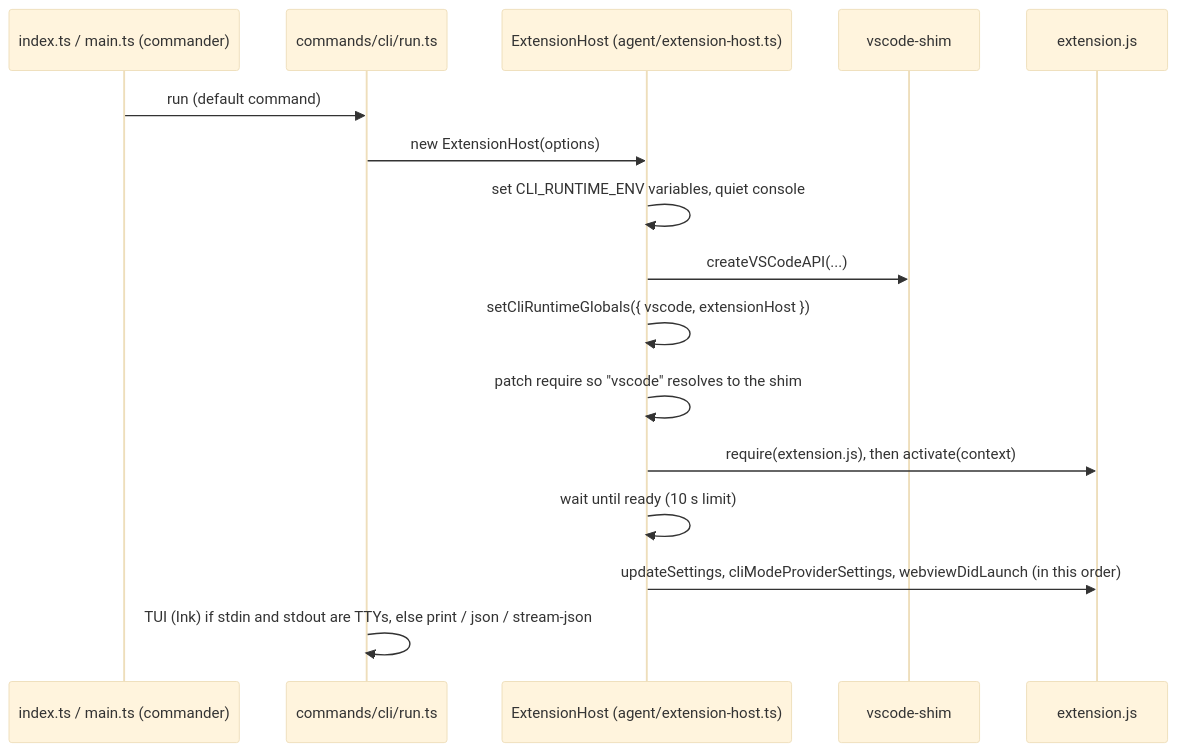
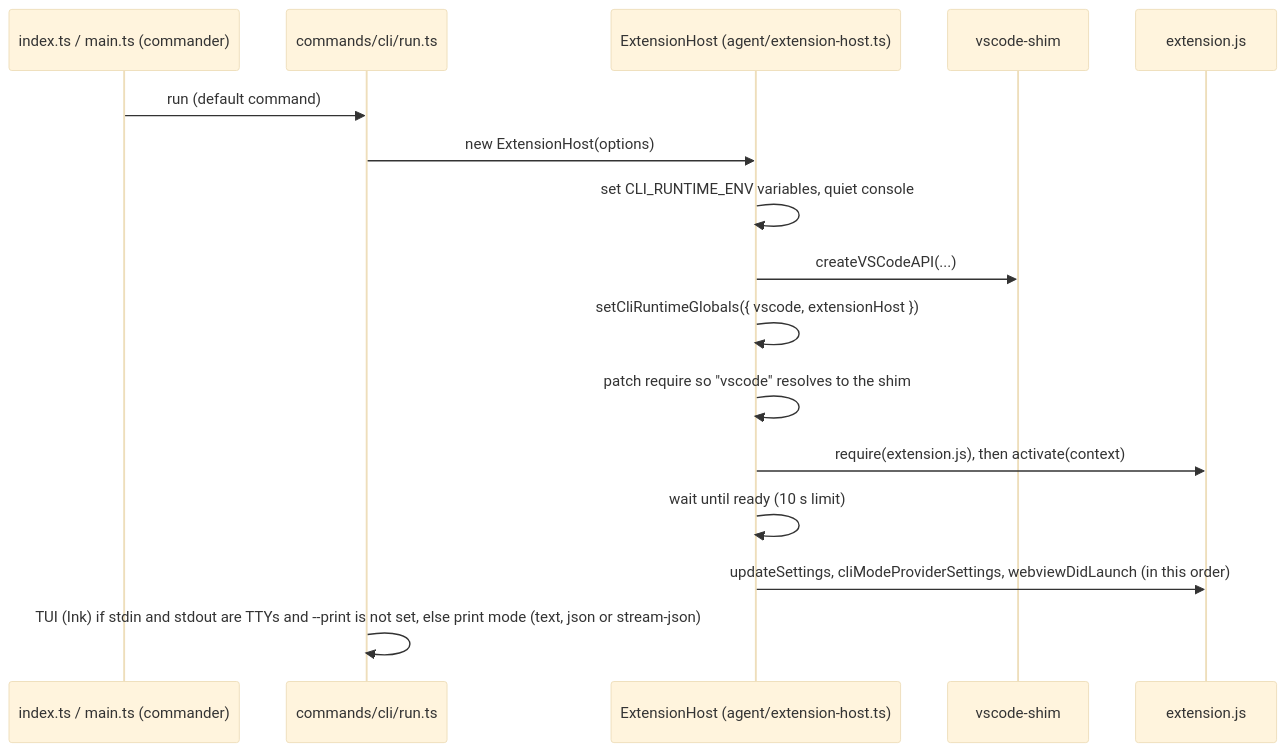
Before and after one commit to krzychdre/Tumble-Code: the first of 2 diagrams in docs/07-cli.md, drawn with Mermaid (base theme). The commit also changed other lines of this file and 4 other files, not shown here.

First line of the commit message:
docs: fix stale claims in the architecture and CLI pages (#700)

````diff
--- a/docs/07-cli.md
+++ b/docs/07-cli.md
@@ -9,19 +9,19 @@
 ```mermaid
 sequenceDiagram
   participant M as index.ts / main.ts (commander)
   participant R as commands/cli/run.ts
   participant EH as ExtensionHost (agent/extension-host.ts)
   participant SH as vscode-shim
   participant X as extension.js
 
   M->>R: run (default command)
   R->>EH: new ExtensionHost(options)
   EH->>EH: set CLI_RUNTIME_ENV variables, quiet console
   EH->>SH: createVSCodeAPI(...)
   EH->>EH: setCliRuntimeGlobals({ vscode, extensionHost })
   EH->>EH: patch require so "vscode" resolves to the shim
   EH->>X: require(extension.js), then activate(context)
   EH->>EH: wait until ready (10 s limit)
   EH->>X: updateSettings, cliModeProviderSettings, webviewDidLaunch (in this order)
-  R->>R: TUI (Ink) if stdin and stdout are TTYs, else print / json / stream-json
+  R->>R: TUI (Ink) if stdin and stdout are TTYs and --print is not set, else print mode (text, json or stream-json)
 ```
````
